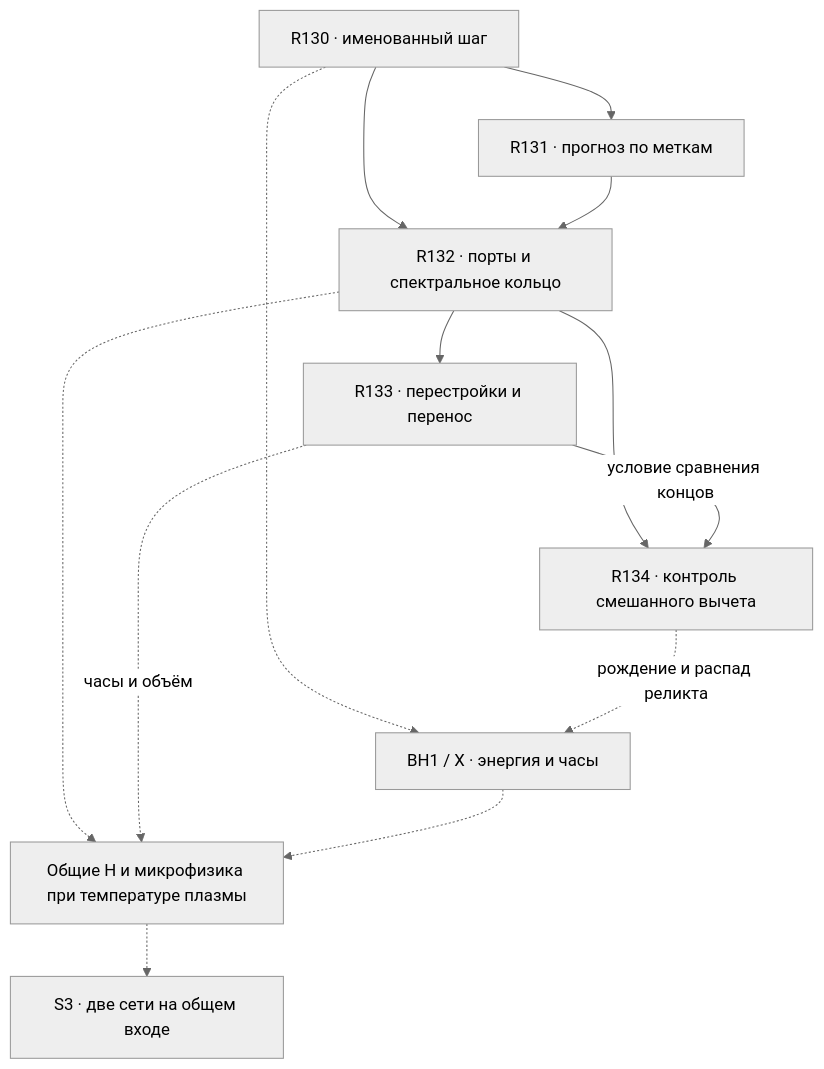
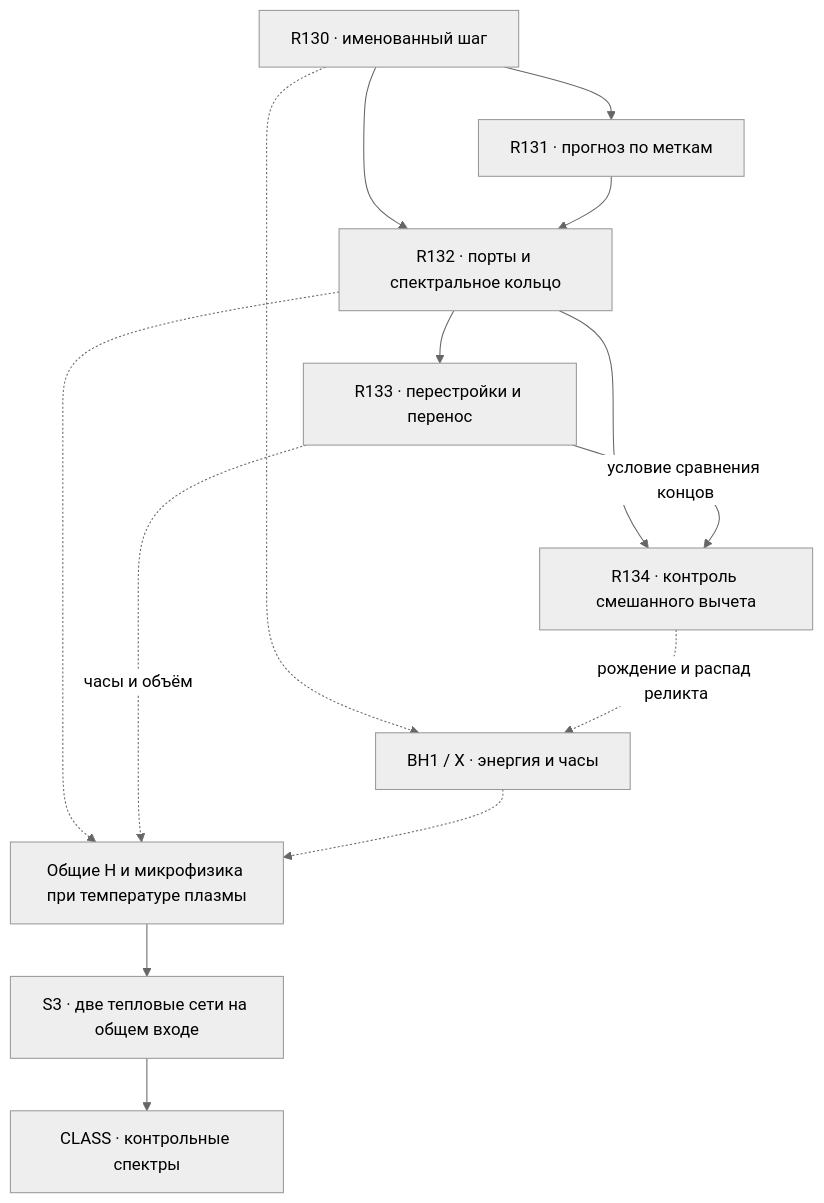
One commit to IgorSabirov/vm-lab changed the first of 2 diagrams in analysis/NOW_PROJECT_INTEGRATION_20261119/REPORT.md. Above: the diagram before and after it, drawn with Mermaid (neutral theme). The commit also changed other lines of this file and 14 other files, not shown here.

````diff
--- a/analysis/NOW_PROJECT_INTEGRATION_20261119/REPORT.md
+++ b/analysis/NOW_PROJECT_INTEGRATION_20261119/REPORT.md
@@ -17,15 +17,16 @@
 ```mermaid
 flowchart TD
   A["R130 · именованный шаг"] --> B["R131 · прогноз по меткам"]
   A --> C["R132 · порты и спектральное кольцо"]
   B --> C
   C --> D["R133 · перестройки и перенос"]
   C --> E["R134 · контроль смешанного вычета"]
   D -->|"условие сравнения концов"| E
   A -.-> X["BH1 / X · энергия и часы"]
   C -.-> H["Общие H и микрофизика при температуре плазмы"]
   D -.->|"часы и объём"| H
   E -.->|"рождение и распад реликта"| X
   X -.-> H
-  H -.-> S["S3 · две сети на общем входе"]
+  H --> S["S3 · две тепловые сети на общем входе"]
+  S --> CMB["CLASS · контрольные спектры"]
 ```
````
